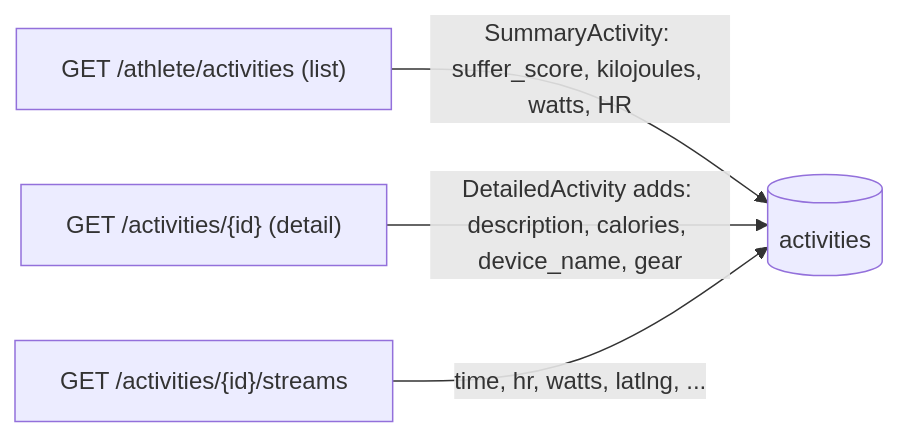
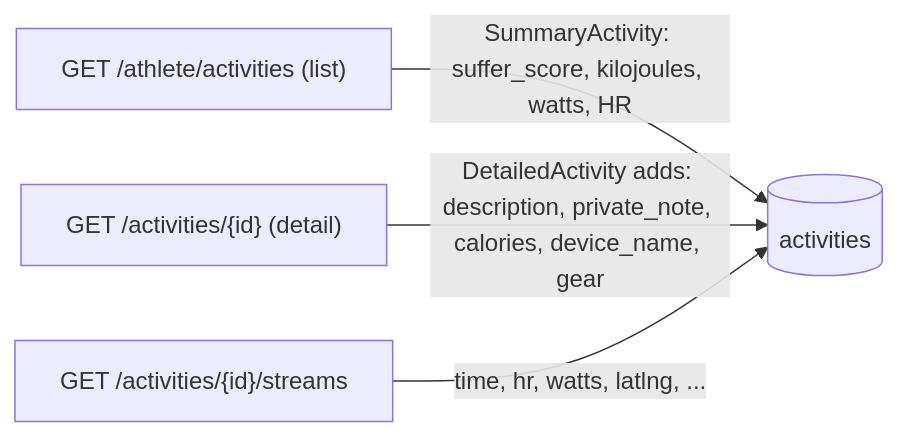
Before and after one commit to mkuf/TrainingPulse: the second of 2 diagrams in DEVELOPERS.md, drawn with Mermaid. The commit also changed other lines of this file and 4 other files, not shown here.

````diff
--- a/DEVELOPERS.md
+++ b/DEVELOPERS.md
@@ -50,6 +50,6 @@
 ```mermaid
 flowchart LR
     A["GET /athlete/activities (list)"] -->|"SummaryActivity: suffer_score, kilojoules, watts, HR"| DB[(activities)]
-    B["GET /activities/{id} (detail)"] -->|"DetailedActivity adds: description, calories, device_name, gear"| DB
+    B["GET /activities/{id} (detail)"] -->|"DetailedActivity adds: description, private_note, calories, device_name, gear"| DB
     C["GET /activities/{id}/streams"] -->|"time, hr, watts, latlng, ..."| DB
 ```
````
